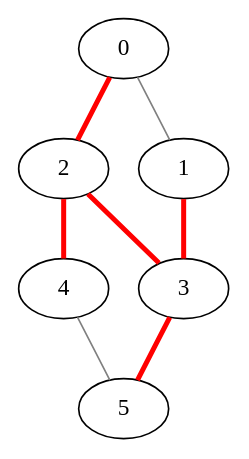
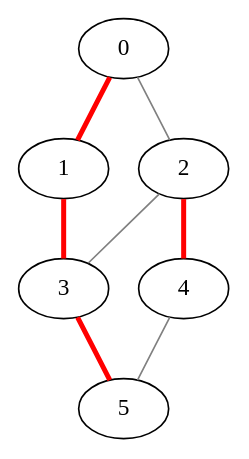
One commit to MrZhaoshuaishuai/algorithm changed the diagram in algorithm/graph_with_paths.dot. Above: the diagram before and after it, drawn with Graphviz. The commit also changed 15 other files, not shown here.

```diff
--- a/algorithm/graph_with_paths.dot
+++ b/algorithm/graph_with_paths.dot
@@ -1,15 +1,15 @@
 graph G {
+  0 [label="0", pos="0,0!"];
+  1 [label="1", pos="0,0!"];
+  2 [label="2", pos="0,0!"];
+  3 [label="3", pos="0,0!"];
+  4 [label="4", pos="0,0!"];
   5 [label="5", pos="0,0!"];
-  4 [label="4", pos="0,0!"];
-  3 [label="3", pos="0,0!"];
-  2 [label="2", pos="0,0!"];
-  1 [label="1", pos="0,0!"];
-  0 [label="0", pos="0,0!"];
-  0 -- 1 [color=gray];
-  0 -- 2 [color=red, penwidth=3.0];
-  4 -- 5 [color=gray];
+  0 -- 1 [color=red, penwidth=3.0];
+  0 -- 2 [color=gray];
   1 -- 3 [color=red, penwidth=3.0];
-  2 -- 3 [color=red, penwidth=3.0];
+  2 -- 3 [color=gray];
   2 -- 4 [color=red, penwidth=3.0];
   3 -- 5 [color=red, penwidth=3.0];
+  4 -- 5 [color=gray];
 }
```
